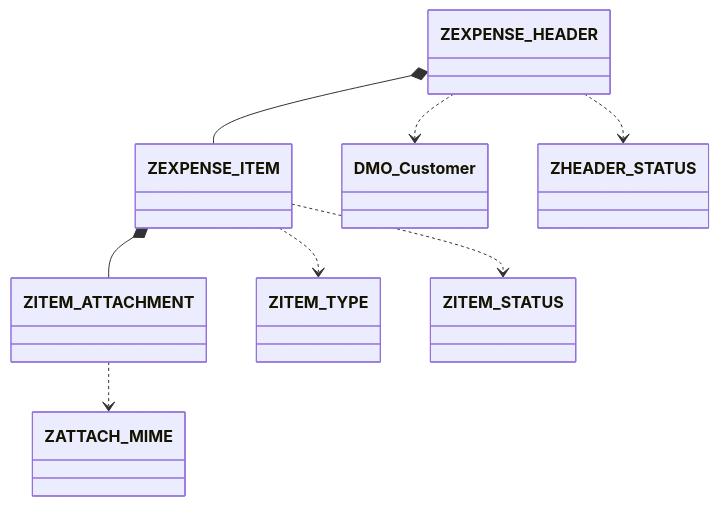
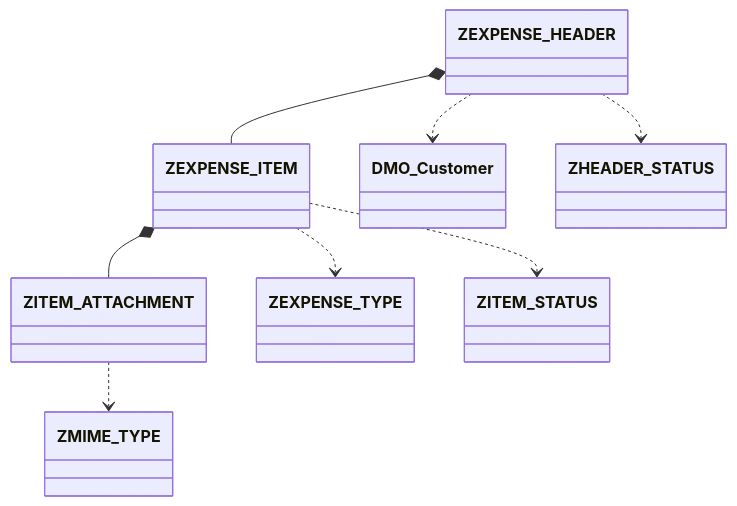
Before and after one commit to robergit88/RAP: the diagram in BTP ejercicios/14. EXPENSE APP/README.md, drawn with Mermaid. The commit also changed other lines of this file, not shown here.

````diff
--- a/BTP ejercicios/14. EXPENSE APP/README.md
+++ b/BTP ejercicios/14. EXPENSE APP/README.md
@@ -47,11 +47,11 @@
 ```mermaid
 classDiagram
     ZEXPENSE_HEADER *-- ZEXPENSE_ITEM
     ZEXPENSE_ITEM *-- ZITEM_ATTACHMENT
 
     ZEXPENSE_HEADER ..> DMO_Customer
     ZEXPENSE_HEADER ..> ZHEADER_STATUS
-    ZEXPENSE_ITEM ..> ZITEM_TYPE
+    ZEXPENSE_ITEM ..> ZEXPENSE_TYPE
     ZEXPENSE_ITEM ..> ZITEM_STATUS
-    ZITEM_ATTACHMENT ..> ZATTACH_MIME
+    ZITEM_ATTACHMENT ..> ZMIME_TYPE
 ```
````
